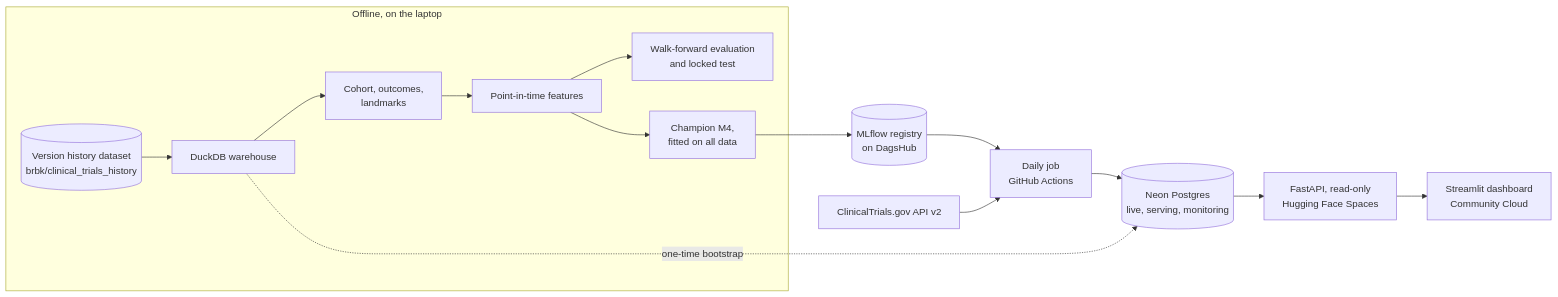
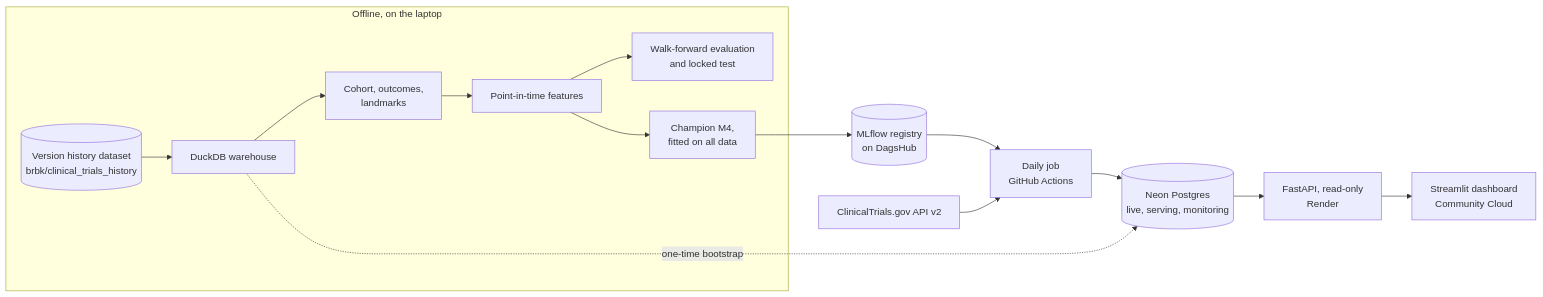
One commit to aakrisht-26/trialpulse changed the diagram in README.md. Above: the diagram before and after it, drawn with Mermaid. The commit also changed other lines of this file and 1 other file, not shown here.

Commit message:
docs(readme): the API's live link on Render; the dashboard not deployed yet

````diff
--- a/README.md
+++ b/README.md
@@ -43,24 +43,24 @@
 ```mermaid
 flowchart LR
     subgraph laptop["Offline, on the laptop"]
         HF[("Version history dataset<br/>brbk/clinical_trials_history")]
         WH["DuckDB warehouse"]
         COH["Cohort, outcomes,<br/>landmarks"]
         FEAT["Point-in-time features"]
         EVAL["Walk-forward evaluation<br/>and locked test"]
         FIT["Champion M4,<br/>fitted on all data"]
         HF --> WH --> COH --> FEAT
         FEAT --> EVAL
         FEAT --> FIT
     end
     REG[("MLflow registry<br/>on DagsHub")]
     CTG["ClinicalTrials.gov API v2"]
     DAILY["Daily job<br/>GitHub Actions"]
     NEON[("Neon Postgres<br/>live, serving, monitoring")]
-    API["FastAPI, read-only<br/>Hugging Face Spaces"]
+    API["FastAPI, read-only<br/>Render"]
     DASH["Streamlit dashboard<br/>Community Cloud"]
     FIT --> REG --> DAILY
     WH -.->|"one-time bootstrap"| NEON
     CTG --> DAILY --> NEON
     NEON --> API --> DASH
 ```
````
